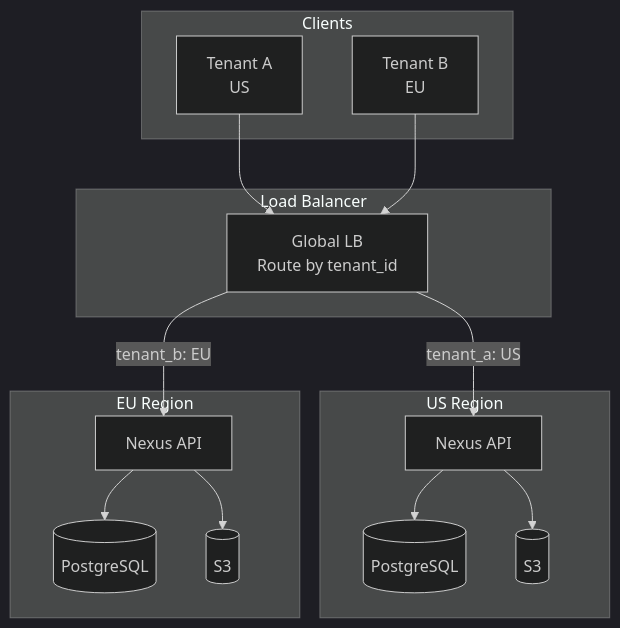
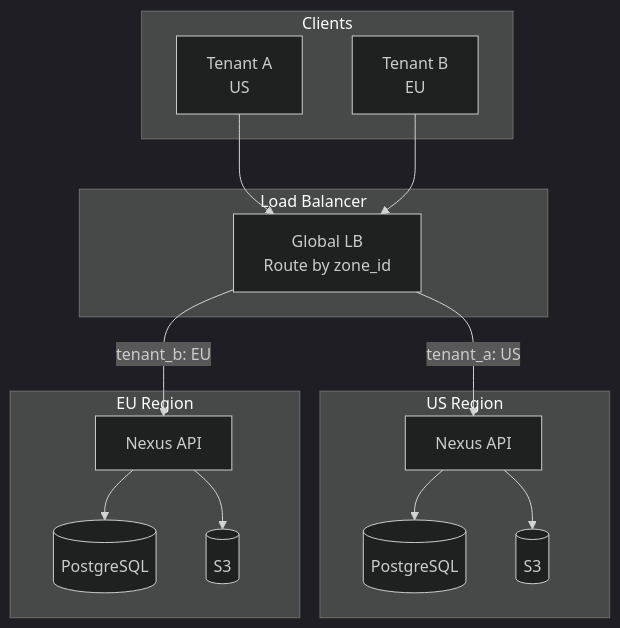
The fourth of 4 diagrams in docs/concepts/multi-tenancy.md (nexi-lab/nexus), drawn with Mermaid (dark theme) before and after one commit. The commit also changed other lines of this file and 420 other files, not shown here.

First line of the commit message:
refactor(#1159): Rename tenant→zone and add Raft distributed store

````diff
--- a/docs/concepts/multi-tenancy.md
+++ b/docs/concepts/multi-tenancy.md
@@ -399,33 +399,33 @@
 ```mermaid
 graph TB
     subgraph "Clients"
         C1["Tenant A<br>US"]
         C2["Tenant B<br>EU"]
     end
 
     subgraph "Load Balancer"
-        LB["Global LB<br>Route by tenant_id"]
+        LB["Global LB<br>Route by zone_id"]
     end
 
     subgraph "US Region"
         API1["Nexus API"]
         DB1[("PostgreSQL")]
         S31[("S3")]
     end
 
     subgraph "EU Region"
         API2["Nexus API"]
         DB2[("PostgreSQL")]
         S32[("S3")]
     end
 
     C1 --> LB
     C2 --> LB
     LB -->|"tenant_a: US"| API1
     LB -->|"tenant_b: EU"| API2
 
     API1 --> DB1
     API1 --> S31
     API2 --> DB2
     API2 --> S32
 ```
````
